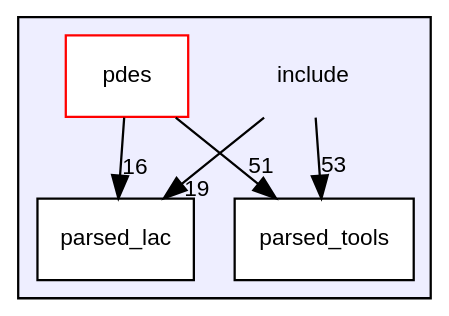
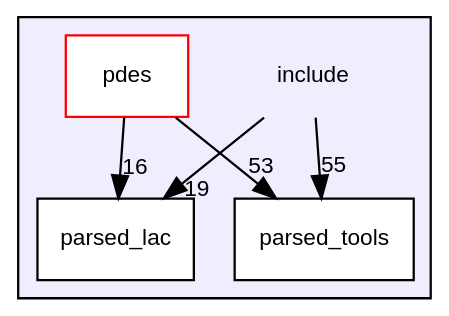
The diagram in dir_d44c64559bbebec7f509842c48db8b23_dep.dot (luca-heltai/fsi-suite), drawn with Graphviz before and after one commit. The commit also changed 807 other files, not shown here.

```diff
--- a/dir_d44c64559bbebec7f509842c48db8b23_dep.dot
+++ b/dir_d44c64559bbebec7f509842c48db8b23_dep.dot
@@ -1,17 +1,17 @@
 digraph "include" {
   bgcolor=transparent;
   compound=true
   node [ fontsize="10", fontname="Helvetica"];
   edge [ labelfontsize="10", labelfontname="Helvetica"];
   subgraph clusterdir_d44c64559bbebec7f509842c48db8b23 {
     graph [ bgcolor="#eeeeff", pencolor="black", label="" URL="dir_d44c64559bbebec7f509842c48db8b23.html"];
     dir_d44c64559bbebec7f509842c48db8b23 [shape=plaintext label="include"];
     dir_65593bf93f1e4428cc81baf4bb94349f [shape=box label="parsed_lac" color="black" fillcolor="white" style="filled" URL="dir_65593bf93f1e4428cc81baf4bb94349f.html"];
     dir_8e8448d9aef603b86753e7cb911804a9 [shape=box label="parsed_tools" color="black" fillcolor="white" style="filled" URL="dir_8e8448d9aef603b86753e7cb911804a9.html"];
     dir_60faf9a10d52b04582224b9116454383 [shape=box label="pdes" color="red" fillcolor="white" style="filled" URL="dir_60faf9a10d52b04582224b9116454383.html"];
   }
-  dir_60faf9a10d52b04582224b9116454383->dir_8e8448d9aef603b86753e7cb911804a9 [headlabel="51", labeldistance=1.5 headhref="dir_000005_000004.html"];
+  dir_60faf9a10d52b04582224b9116454383->dir_8e8448d9aef603b86753e7cb911804a9 [headlabel="53", labeldistance=1.5 headhref="dir_000005_000004.html"];
   dir_60faf9a10d52b04582224b9116454383->dir_65593bf93f1e4428cc81baf4bb94349f [headlabel="16", labeldistance=1.5 headhref="dir_000005_000003.html"];
-  dir_d44c64559bbebec7f509842c48db8b23->dir_8e8448d9aef603b86753e7cb911804a9 [headlabel="53", labeldistance=1.5 headhref="dir_000002_000004.html"];
+  dir_d44c64559bbebec7f509842c48db8b23->dir_8e8448d9aef603b86753e7cb911804a9 [headlabel="55", labeldistance=1.5 headhref="dir_000002_000004.html"];
   dir_d44c64559bbebec7f509842c48db8b23->dir_65593bf93f1e4428cc81baf4bb94349f [headlabel="19", labeldistance=1.5 headhref="dir_000002_000003.html"];
 }
```
